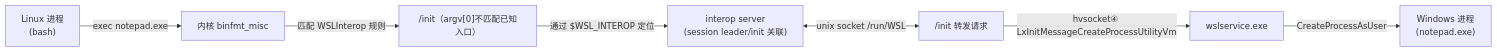
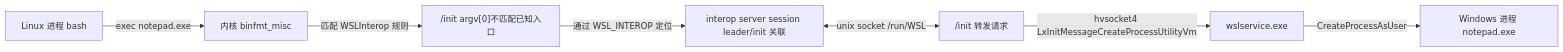
The third of 3 diagrams in .agents/docs/knowledge/learning/08-systems-infrastructure/wsl-wiki/05-filesystem-interop.md (xinetzone/SpecWeave), drawn with Mermaid before and after one commit. The commit also changed other lines of this file and 4 other files, not shown here.

Commit message:
fix(diagrams): 修复Mermaid图表VS Code预览渲染失败——移除br标签、带圈数字、特殊符号，统一节点引号格式[prevent: mermaid-syntax-check]

````diff
--- a/.agents/docs/knowledge/learning/08-systems-infrastructure/wsl-wiki/05-filesystem-interop.md
+++ b/.agents/docs/knowledge/learning/08-systems-infrastructure/wsl-wiki/05-filesystem-interop.md
@@ -286,9 +286,9 @@
 ```mermaid
 flowchart LR
-    A["Linux 进程<br/>(bash)"] -->|exec notepad.exe| B["内核 binfmt_misc"]
-    B -->|匹配 WSLInterop 规则| C["/init（argv[0]不匹配已知入口）"]
-    C -->|通过 $WSL_INTEROP 定位| D["interop server<br/>(session leader/init 关联)"]
+    A["Linux 进程 bash"] -->|exec notepad.exe| B["内核 binfmt_misc"]
+    B -->|匹配 WSLInterop 规则| C["/init argv[0]不匹配已知入口"]
+    C -->|通过 WSL_INTEROP 定位| D["interop server session leader/init 关联"]
     D <-->|unix socket /run/WSL| E["/init 转发请求"]
-    E -->|hvsocket④ LxInitMessageCreateProcessUtilityVm| F["wslservice.exe"]
-    F -->|CreateProcessAsUser| G["Windows 进程<br/>(notepad.exe)"]
+    E -->|hvsocket4 LxInitMessageCreateProcessUtilityVm| F["wslservice.exe"]
+    F -->|CreateProcessAsUser| G["Windows 进程 notepad.exe"]
 ```
````
